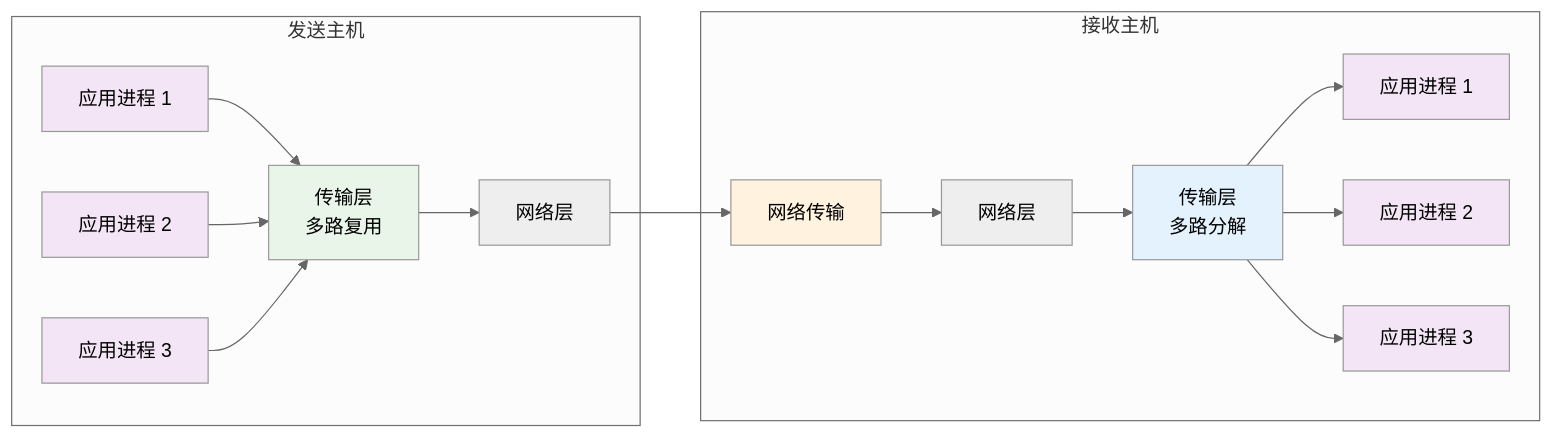
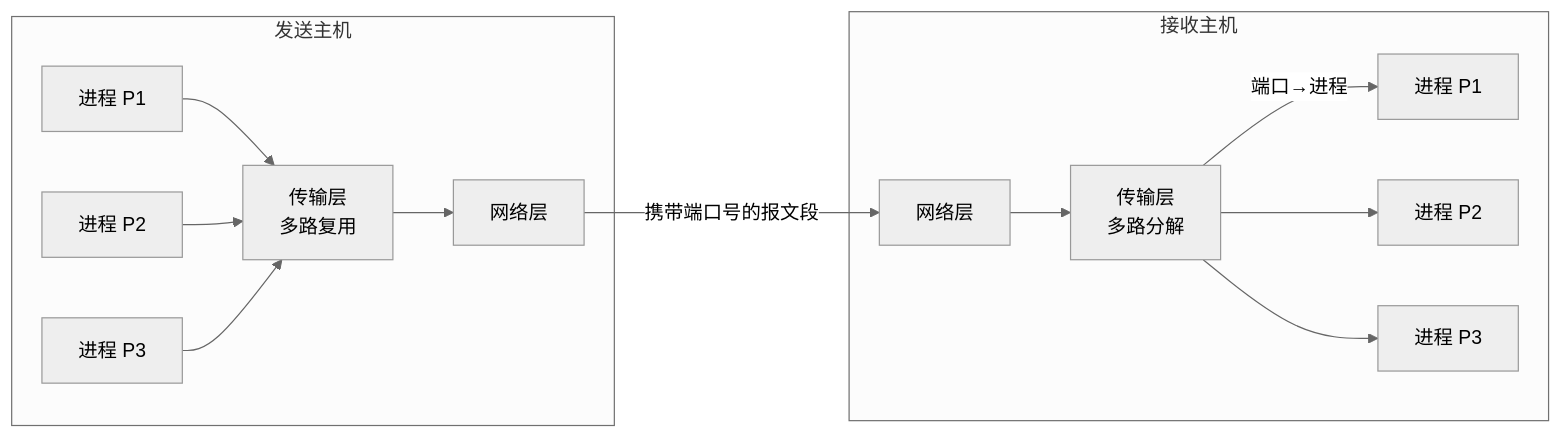
The third of 9 diagrams in 计算机网络/3.1传输层：服务模型与多路复用.md (Dtheme/CS-base), drawn with Mermaid (neutral theme) before and after one commit. The commit also changed other lines of this file and 51 other files, not shown here.

````diff
--- a/计算机网络/3.1传输层：服务模型与多路复用.md
+++ b/计算机网络/3.1传输层：服务模型与多路复用.md
@@ -171,30 +164,16 @@
 ```mermaid
 graph LR
-    subgraph "发送主机"
-        A1[应用进程 1] --> MUX[传输层<br/>多路复用]
-        A2[应用进程 2] --> MUX
-        A3[应用进程 3] --> MUX
+    subgraph 发送主机
+        A1[进程 P1] --> MUX[传输层<br/>多路复用]
+        A2[进程 P2] --> MUX
+        A3[进程 P3] --> MUX
         MUX --> N1[网络层]
-        
-        style MUX fill:#e8f5e8,color:#000000
-        style A1 fill:#f3e5f5,color:#000000
-        style A2 fill:#f3e5f5,color:#000000
-        style A3 fill:#f3e5f5,color:#000000
     end
-    
-    N1 --> N2[网络传输]
-    style N2 fill:#fff3e0,color:#000000
-    
-    subgraph "接收主机"  
-        N2 --> N3[网络层]
-        N3 --> DEMUX[传输层<br/>多路分解]
-        DEMUX --> B1[应用进程 1]
-        DEMUX --> B2[应用进程 2]
-        DEMUX --> B3[应用进程 3]
-        
-        style DEMUX fill:#e3f2fd,color:#000000
-        style B1 fill:#f3e5f5,color:#000000
-        style B2 fill:#f3e5f5,color:#000000
-        style B3 fill:#f3e5f5,color:#000000
+    N1 -->|携带端口号的报文段| N3
+    subgraph 接收主机
+        N3[网络层] --> DEMUX[传输层<br/>多路分解]
+        DEMUX -->|端口→进程| B1[进程 P1]
+        DEMUX --> B2[进程 P2]
+        DEMUX --> B3[进程 P3]
     end
 ```
````
